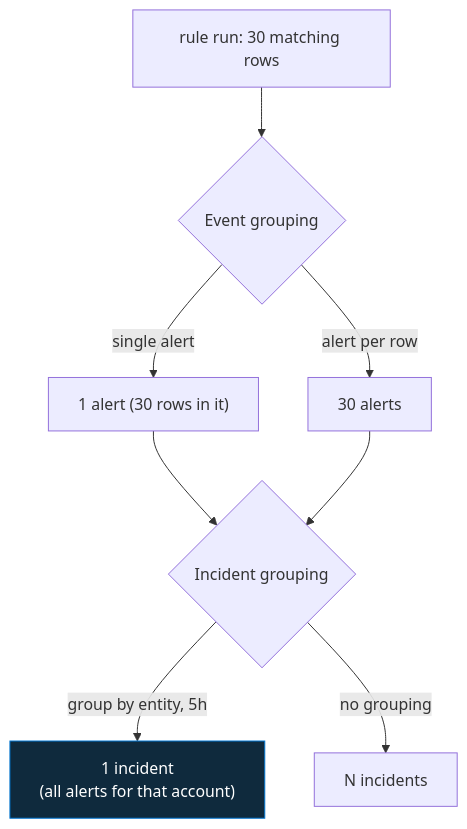
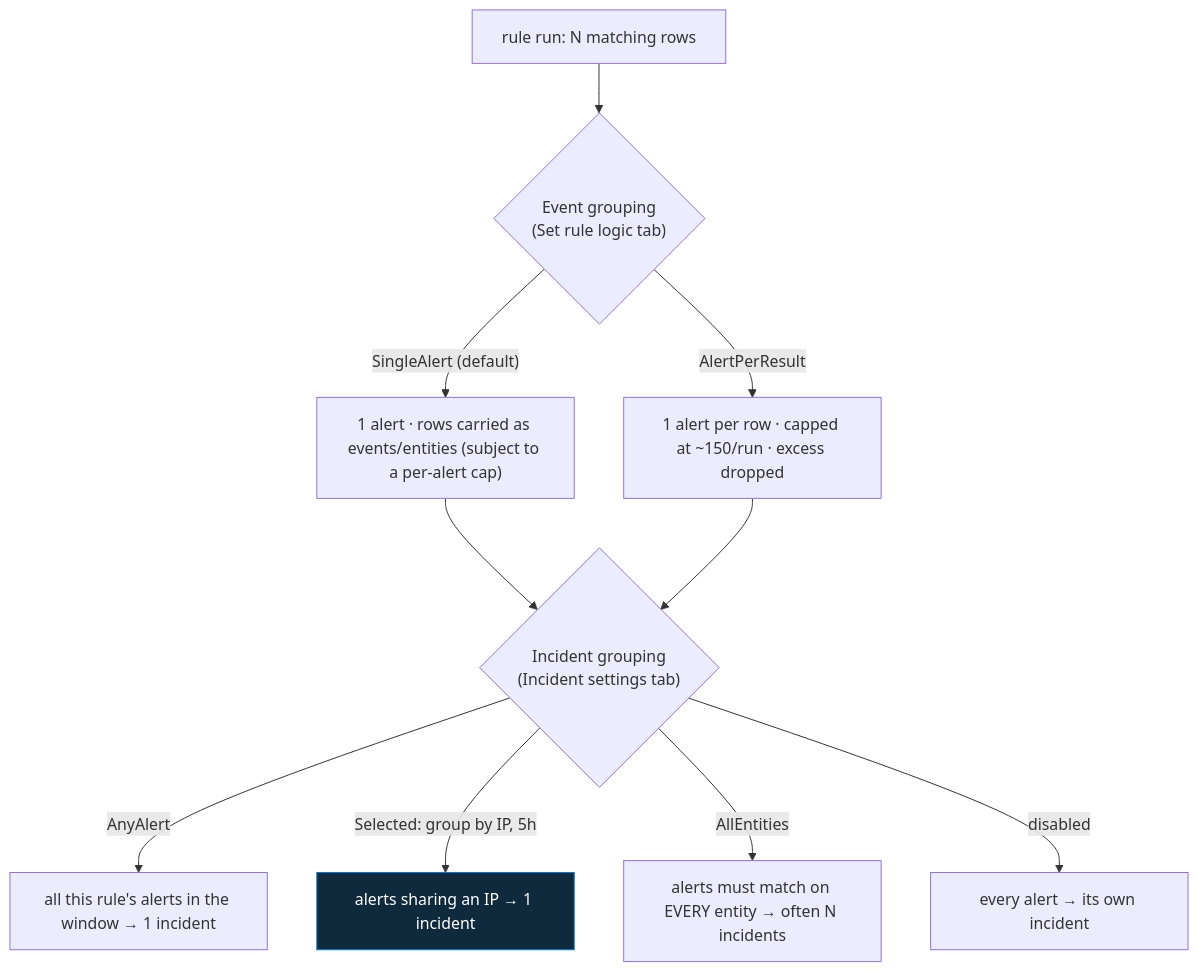
One commit to Tarun2000AD/microsoft-sentinel-live-learning changed the diagram in 21-alert-and-event-grouping/README.md. Above: the diagram before and after it, drawn with Mermaid. The commit also changed other lines of this file, not shown here.

First line of the commit message:
Deepen step 21 (alert & event grouping): SingleAlert vs AlertPerResult caps, matchingMethod semantics, three experiments

````diff
--- a/21-alert-and-event-grouping/README.md
+++ b/21-alert-and-event-grouping/README.md
@@ -32,11 +54,13 @@
 ```mermaid
 flowchart TD
-    R["rule run: 30 matching rows"] --> EG{"Event grouping"}
-    EG -->|"single alert"| A1["1 alert (30 rows in it)"]
-    EG -->|"alert per row"| A2["30 alerts"]
-    A1 --> IG{"Incident grouping"}
+    RUN["rule run: N matching rows"] --> EG{"Event grouping<br/>(Set rule logic tab)"}
+    EG -->|"SingleAlert (default)"| A1["1 alert · rows carried as events/entities (subject to a per-alert cap)"]
+    EG -->|"AlertPerResult"| A2["1 alert per row · capped at ~150/run · excess dropped"]
+    A1 --> IG{"Incident grouping<br/>(Incident settings tab)"}
     A2 --> IG
-    IG -->|"group by entity, 5h"| I1["1 incident<br/>(all alerts for that account)"]
-    IG -->|"no grouping"| I2["N incidents"]
+    IG -->|"AnyAlert"| I0["all this rule's alerts in the window → 1 incident"]
+    IG -->|"Selected: group by IP, 5h"| I1["alerts sharing an IP → 1 incident"]
+    IG -->|"AllEntities"| I2["alerts must match on EVERY entity → often N incidents"]
+    IG -->|"disabled"| I3["every alert → its own incident"]
     style I1 fill:#0f2a3d,stroke:#0078D4,color:#fff
 ```
````
